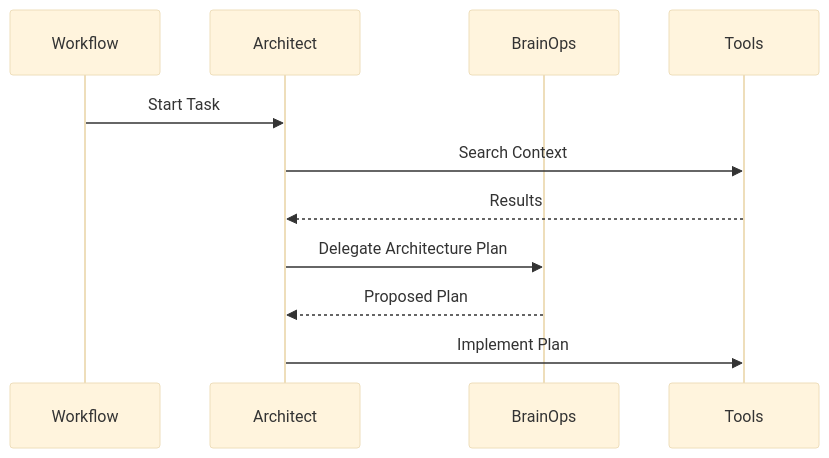
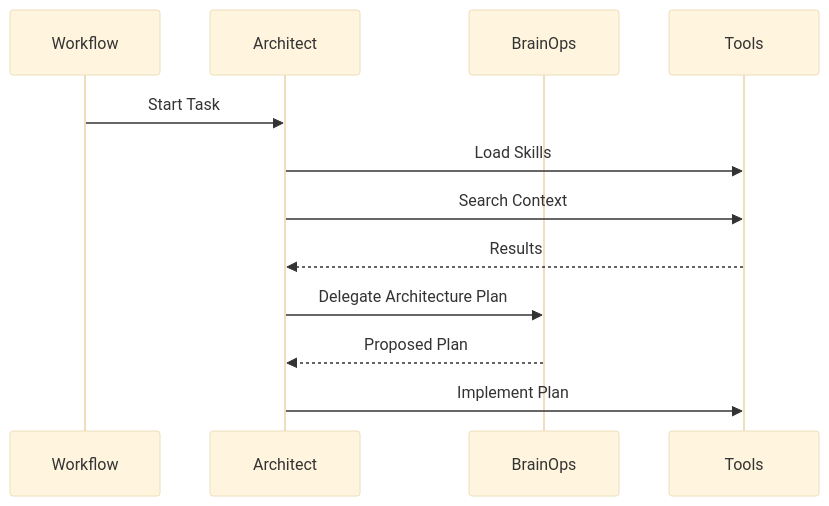
Before and after one commit to Cogni-AI-OU/cogni-ai-agent-skills: the third of 9 diagrams in agent-log-analysis/SKILL.md, drawn with Mermaid (base theme). The commit also changed other lines of this file, not shown here.

Commit message:
Include Skill Loading in Agent Execution Flow section

````diff
--- a/agent-log-analysis/SKILL.md
+++ b/agent-log-analysis/SKILL.md
@@ -150,14 +150,15 @@
 ```mermaid
 sequenceDiagram
     participant W as Workflow
     participant A as Architect
     participant B as BrainOps
     participant T as Tools
 
     W->>A: Start Task
+    A->>T: Load Skills
     A->>T: Search Context
     T-->>A: Results
     A->>B: Delegate Architecture Plan
     B-->>A: Proposed Plan
     A->>T: Implement Plan
 ```
````
